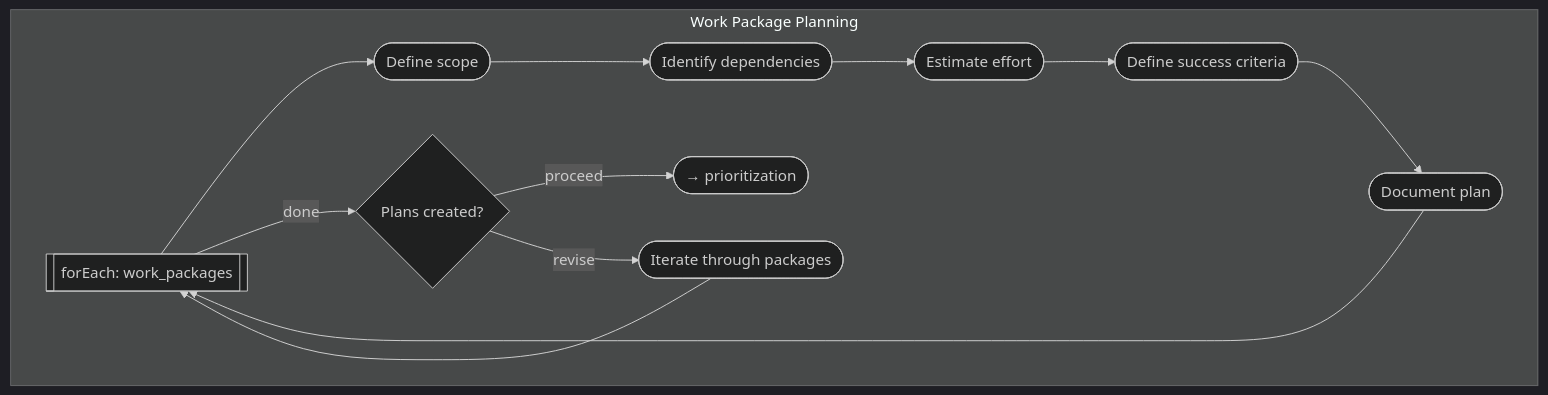
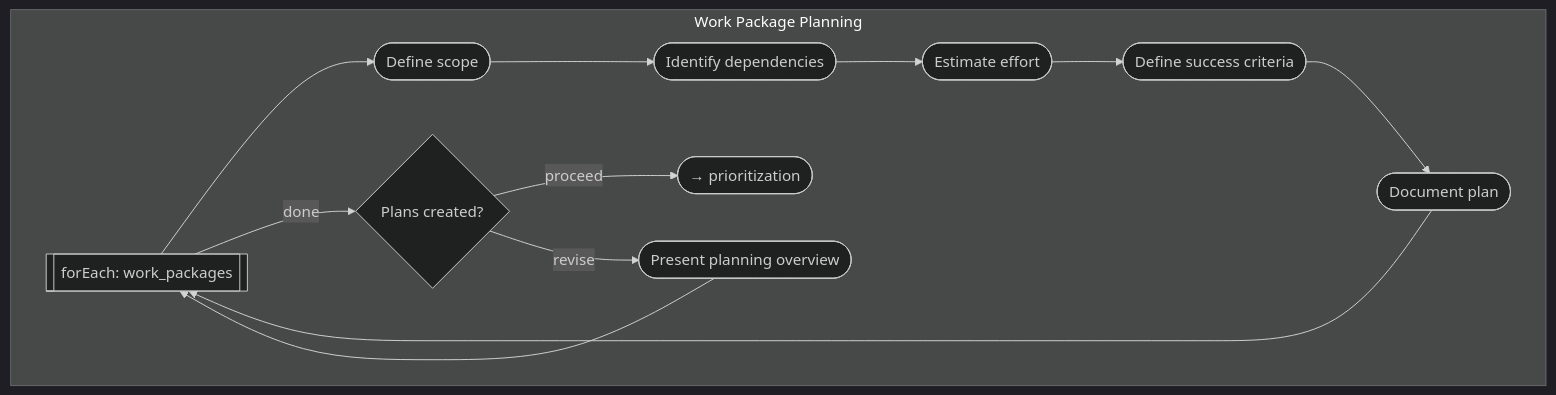
The fifth of 8 diagrams in work-packages/README.md (m2ux/workflow-server), drawn with Mermaid (dark theme) before and after one commit. The commit also changed other lines of this file and 182 other files, not shown here.

````diff
--- a/work-packages/README.md
+++ b/work-packages/README.md
@@ -162,20 +159,20 @@
 ```mermaid
 graph TD
     subgraph package-planning[Work Package Planning]
         loop[[forEach: work_packages]]
-        p1([Iterate through packages])
+        p1([Present planning overview])
         p2([Define scope])
         p3([Identify dependencies])
         p4([Estimate effort])
         p5([Define success criteria])
         p6([Document plan])
         cp1{Plans created?}
         
         p1 --> loop
         loop --> p2 --> p3 --> p4 --> p5 --> p6
         p6 --> loop
         loop -->|done| cp1
         cp1 -->|proceed| Next([→ prioritization])
         cp1 -->|revise| p1
     end
 ```
````
